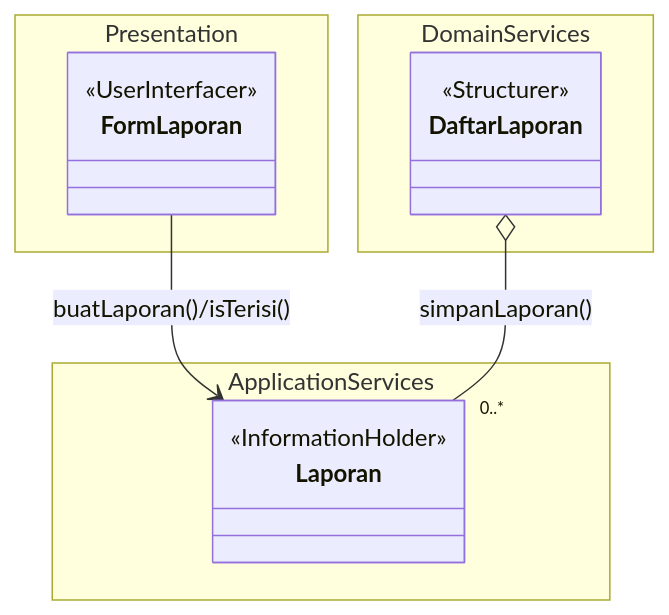
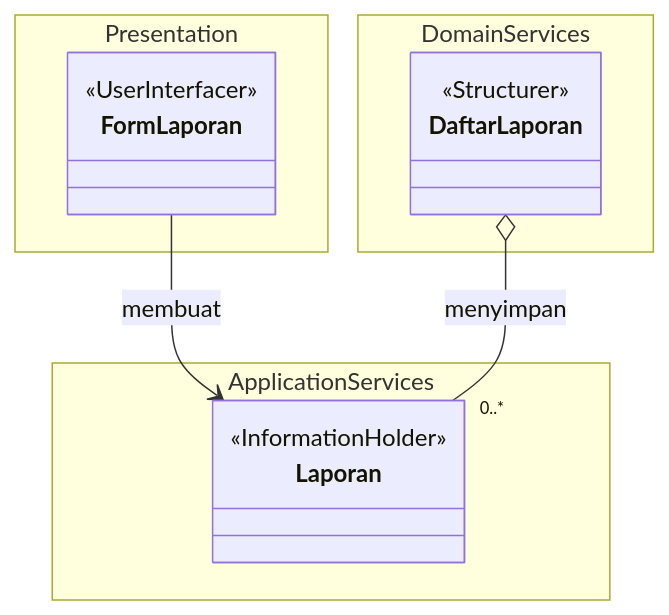
Before and after one commit to star-scripter/IF2150-RPL-K03-G02: the first of 9 diagrams in docs/M4/K03_G02_CD.md, drawn with Mermaid. The commit also changed other lines of this file, not shown here.

````diff
--- a/docs/M4/K03_G02_CD.md
+++ b/docs/M4/K03_G02_CD.md
@@ -344,21 +344,21 @@
 ```mermaid
 classDiagram
     direction TB
 
     namespace Presentation {
         class FormLaporan
     }
     namespace ApplicationServices {
         class Laporan
     }
     namespace DomainServices {
         class DaftarLaporan
     }
 
     <<UserInterfacer>> FormLaporan
     <<Structurer>> DaftarLaporan 
     <<InformationHolder>> Laporan
 
-    FormLaporan --> Laporan : buatLaporan()/isTerisi()
-    DaftarLaporan o-- "0..*" Laporan : simpanLaporan()
+    FormLaporan --> Laporan : membuat
+    DaftarLaporan o-- "0..*" Laporan : menyimpan
 ```
````
